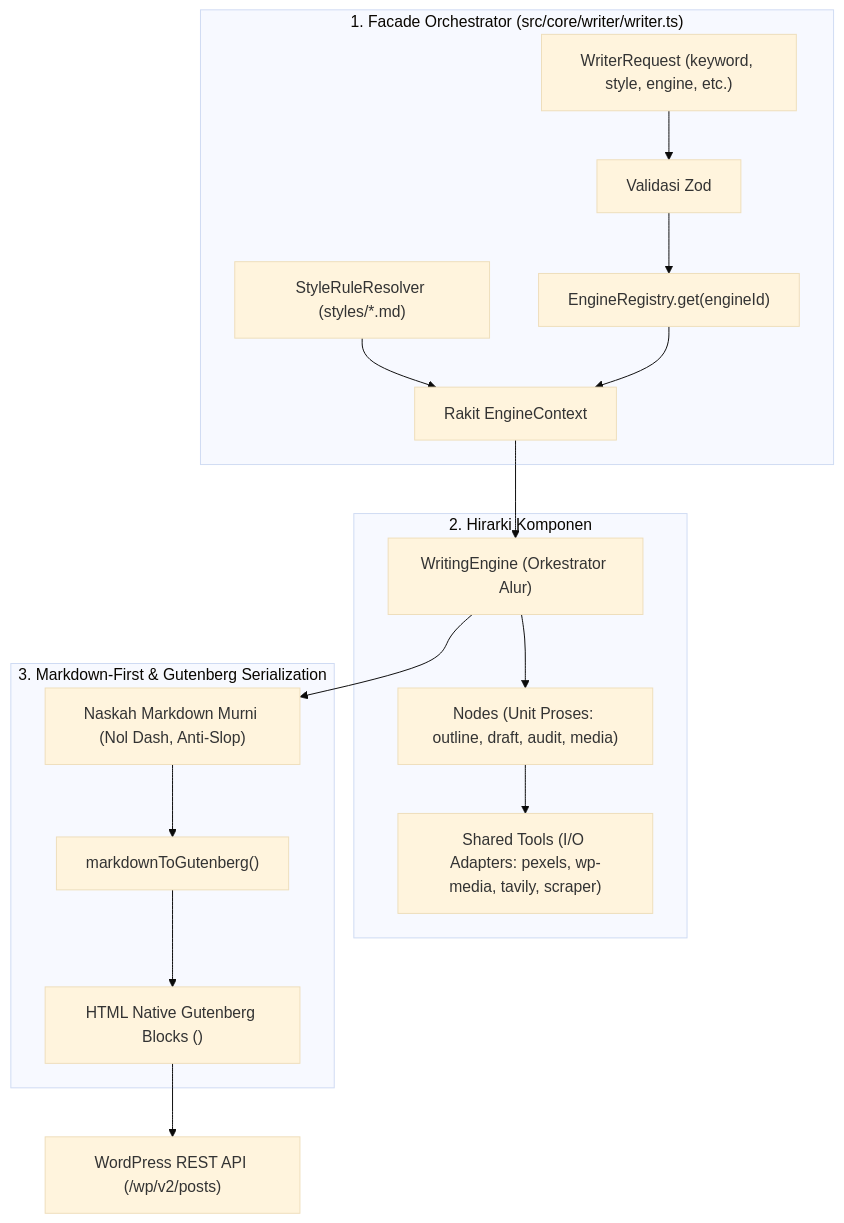
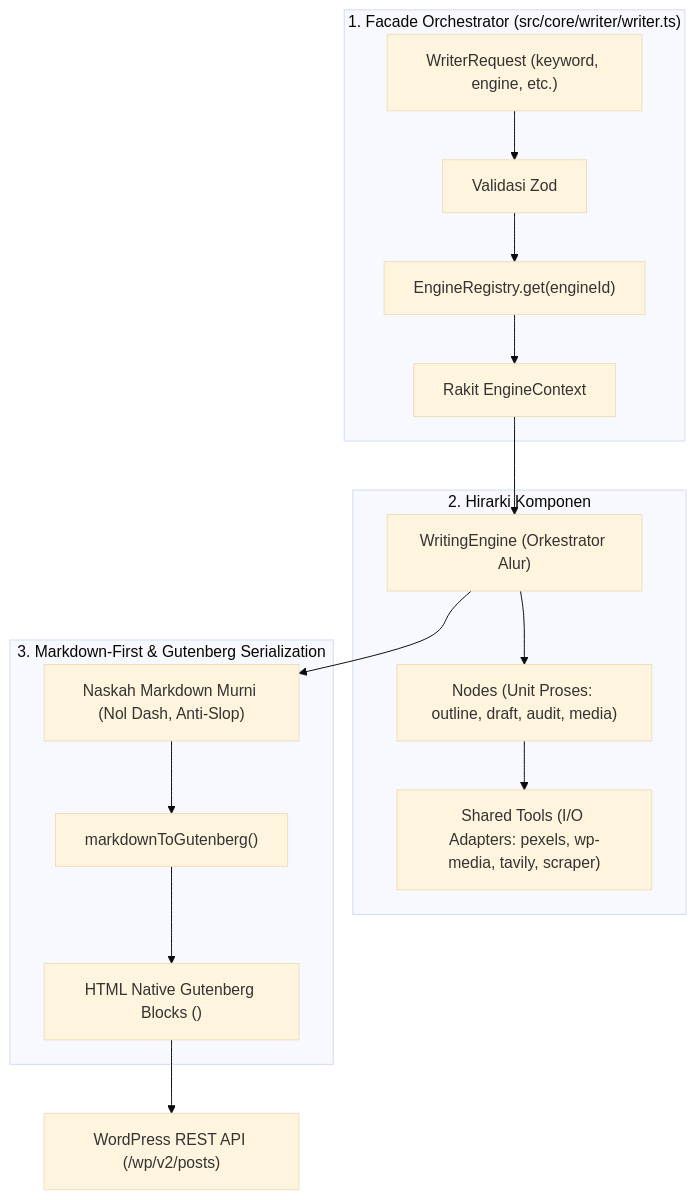
Before and after one commit to erzawansyah/wp-autopost-dashboard: the third of 3 diagrams in ARCHITECTURE.md, drawn with Mermaid (base theme). The commit also changed other lines of this file and 13 other files, not shown here.

````diff
--- a/ARCHITECTURE.md
+++ b/ARCHITECTURE.md
@@ -383,28 +383,27 @@
 ```mermaid
 flowchart TD
     subgraph Facade["1. Facade Orchestrator (src/core/writer/writer.ts)"]
-        REQ["WriterRequest (keyword, style, engine, etc.)"] --> VAL["Validasi Zod"]
+        REQ["WriterRequest (keyword, engine, etc.)"] --> VAL["Validasi Zod"]
         VAL --> REG["EngineRegistry.get(engineId)"]
-        STYLE["StyleRuleResolver (styles/*.md)"] --> CTX["Rakit EngineContext"]
-        REG --> CTX
+        REG --> CTX["Rakit EngineContext"]
     end
 
     subgraph Hierarchy["2. Hirarki Komponen"]
         ENGINE["WritingEngine (Orkestrator Alur)"]
         NODE["Nodes (Unit Proses: outline, draft, audit, media)"]
         TOOL["Shared Tools (I/O Adapters: pexels, wp-media, tavily, scraper)"]
         ENGINE --> NODE
         NODE --> TOOL
     end
 
     subgraph Output["3. Markdown-First & Gutenberg Serialization"]
         MD["Naskah Markdown Murni (Nol Dash, Anti-Slop)"]
         SERIALIZER["markdownToGutenberg()"]
         WP_BLOCKS["HTML Native Gutenberg Blocks (<!-- wp:... -->)"]
         MD --> SERIALIZER --> WP_BLOCKS
     end
 
     CTX --> ENGINE
     ENGINE --> MD
     WP_BLOCKS --> WP_REST["WordPress REST API (/wp/v2/posts)"]
 ```
````
